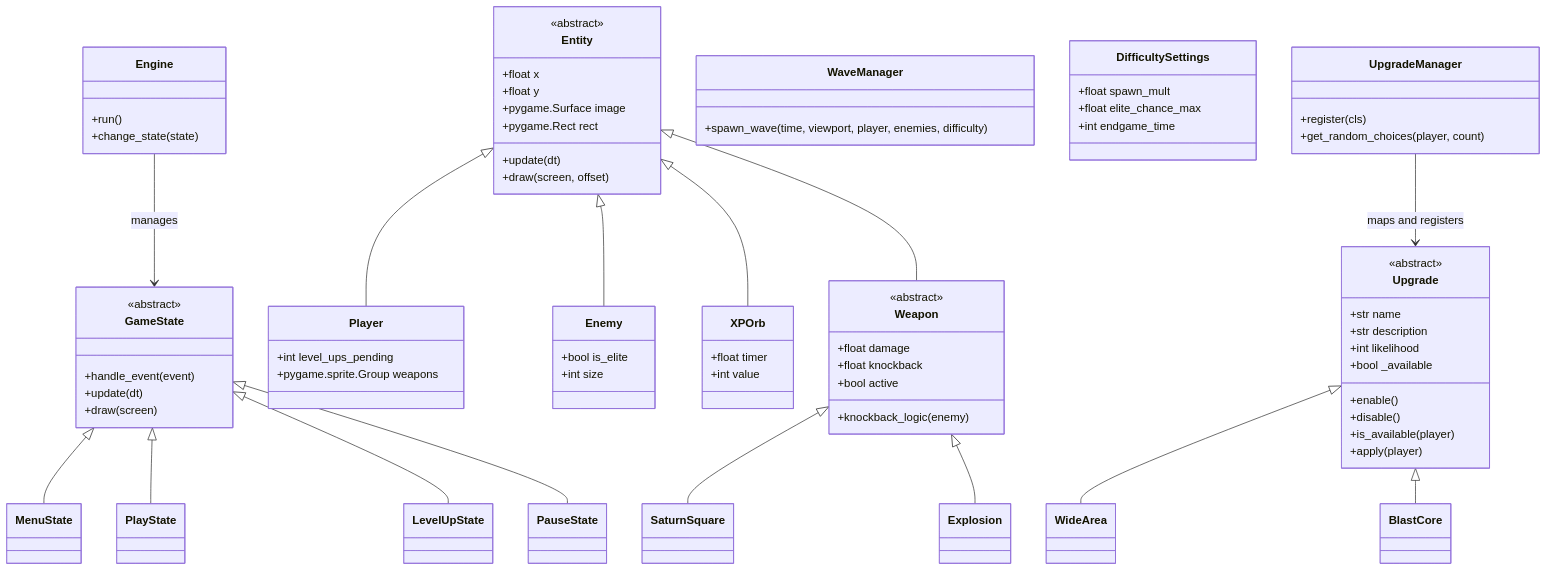
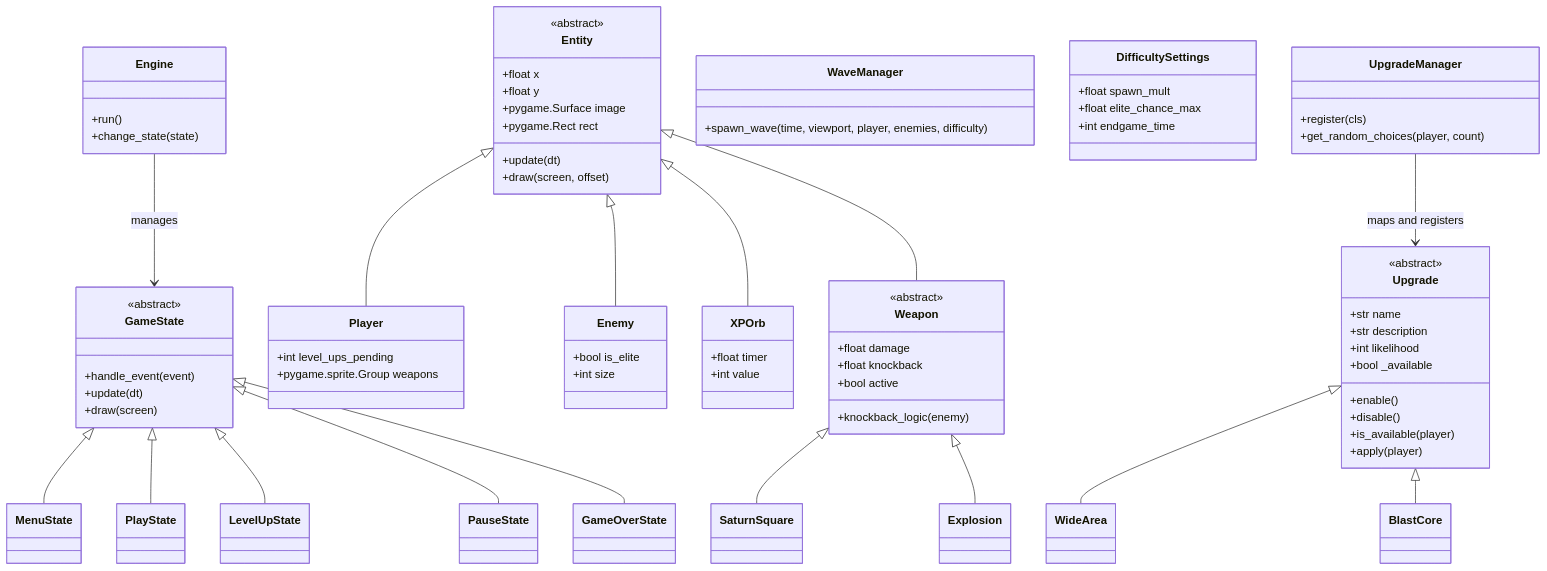
One commit to lavariall/square-survivors changed the diagram in README.md. Above: the diagram before and after it, drawn with Mermaid.

```diff
--- a/README.md
+++ b/README.md
@@ -35,11 +35,13 @@
     class PlayState { }
     class LevelUpState { }
     class PauseState { }
+    class GameOverState { }
     
     GameState <|-- MenuState
     GameState <|-- PlayState
     GameState <|-- LevelUpState
     GameState <|-- PauseState
+    GameState <|-- GameOverState
     Engine --> GameState : manages
     
     %% Entities
```
